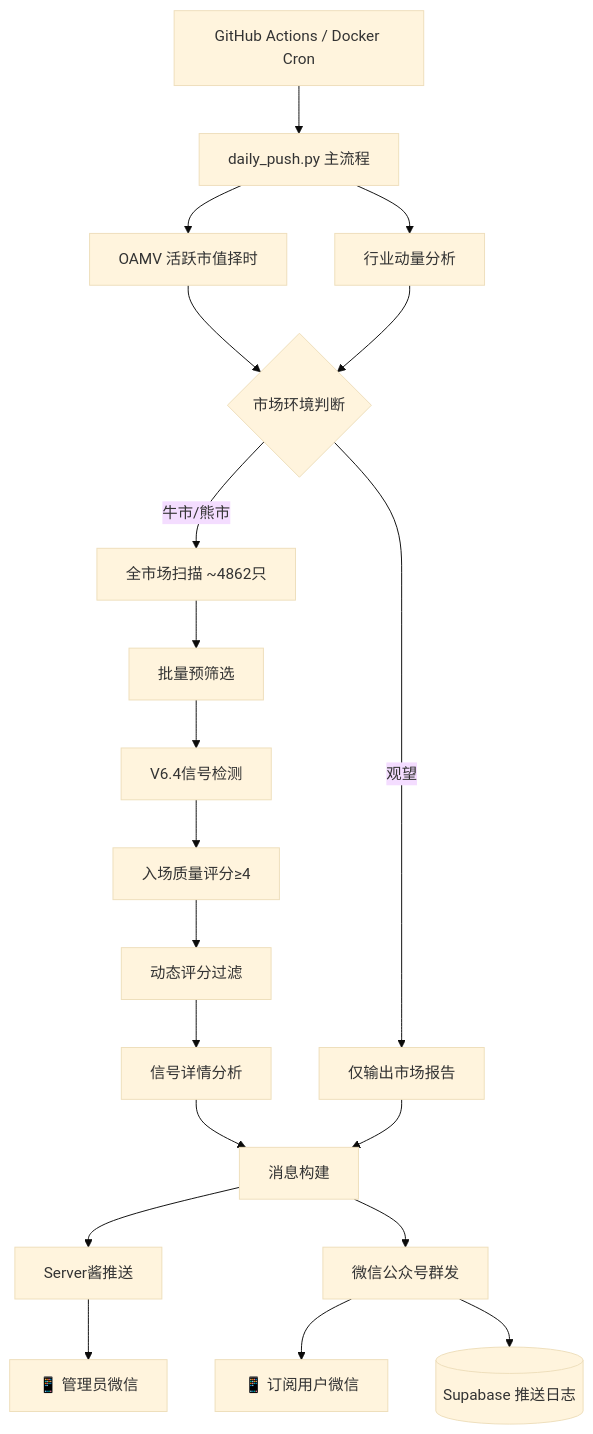
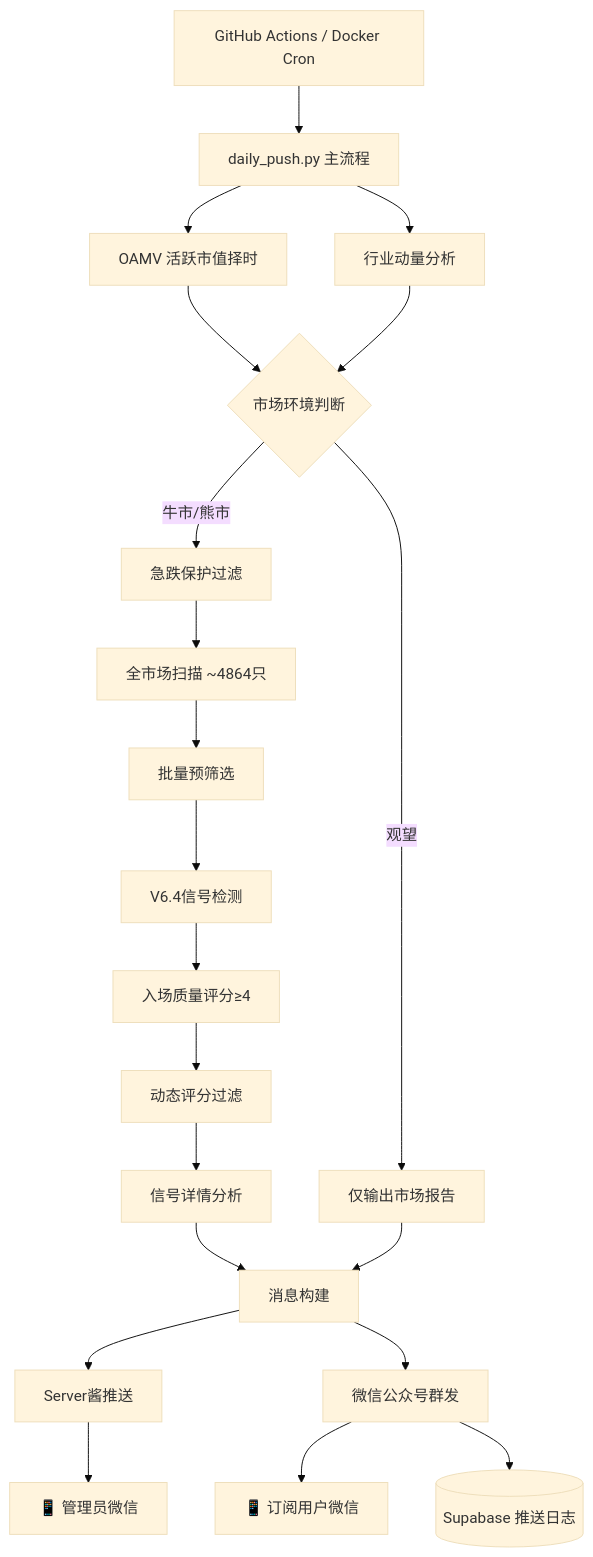
Before and after one commit to Lishoulan/lianghua: the diagram in README.md, drawn with Mermaid (base theme). The commit also changed other lines of this file and 1 other file, not shown here.

````diff
--- a/README.md
+++ b/README.md
@@ -88,22 +193,23 @@
 ```mermaid
 graph TD
     A[GitHub Actions / Docker Cron] --> B[daily_push.py 主流程]
     B --> C[OAMV 活跃市值择时]
     B --> D[行业动量分析]
     C --> E{市场环境判断}
     D --> E
-    E -->|牛市/熊市| F[全市场扫描 ~4862只]
-    E -->|观望| G[仅输出市场报告]
-    F --> H[批量预筛选]
-    H --> I[V6.4信号检测]
-    I --> J[入场质量评分≥4]
-    J --> K[动态评分过滤]
-    K --> L[信号详情分析]
-    L --> M[消息构建]
-    G --> M
-    M --> N[Server酱推送]
-    M --> O[微信公众号群发]
-    N --> P[📱 管理员微信]
-    O --> Q[📱 订阅用户微信]
-    O --> R[(Supabase 推送日志)]
+    E -->|牛市/熊市| F[急跌保护过滤]
+    F --> G[全市场扫描 ~4864只]
+    E -->|观望| H[仅输出市场报告]
+    G --> I[批量预筛选]
+    I --> J[V6.4信号检测]
+    J --> K[入场质量评分≥4]
+    K --> L[动态评分过滤]
+    L --> M[信号详情分析]
+    M --> N[消息构建]
+    H --> N
+    N --> O[Server酱推送]
+    N --> P[微信公众号群发]
+    O --> Q[📱 管理员微信]
+    P --> R[📱 订阅用户微信]
+    P --> S[(Supabase 推送日志)]
 ```
````
